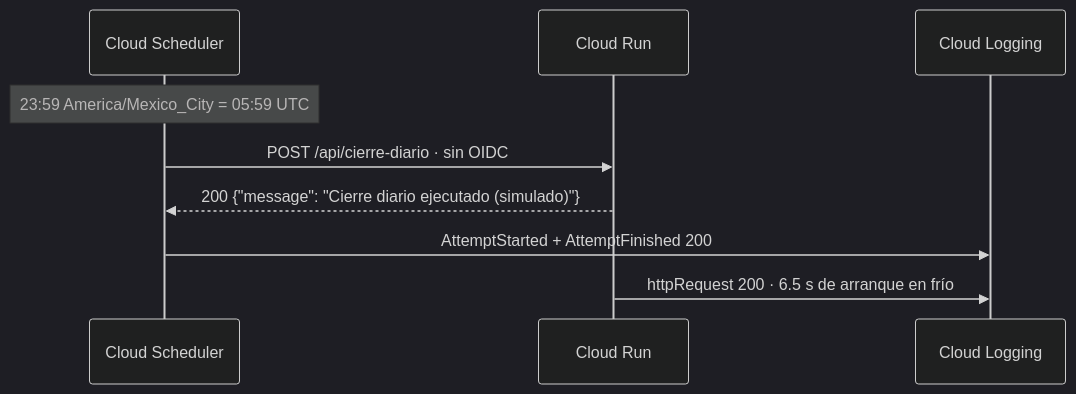
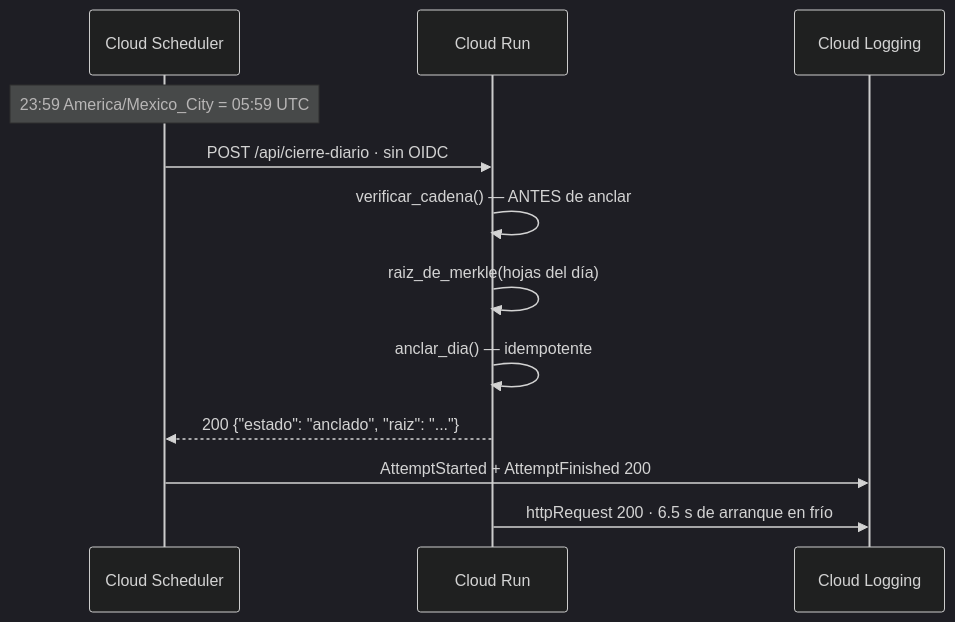
Before and after one commit to LancelotPinajr/agente-cfdi-auditoria: the fourth of 6 diagrams in docs/manual-tecnico.md, drawn with Mermaid (dark theme). The commit also changed other lines of this file and 5 other files, not shown here.

````diff
--- a/docs/manual-tecnico.md
+++ b/docs/manual-tecnico.md
@@ -234,12 +234,15 @@
 ```mermaid
 sequenceDiagram
     participant S as Cloud Scheduler
     participant R as Cloud Run
     participant L as Cloud Logging
 
     Note over S: 23:59 America/Mexico_City = 05:59 UTC
     S->>R: POST /api/cierre-diario · sin OIDC
-    R-->>S: 200 {"message": "Cierre diario ejecutado (simulado)"}
+    R->>R: verificar_cadena() — ANTES de anclar
+    R->>R: raiz_de_merkle(hojas del día)
+    R->>R: anclar_dia() — idempotente
+    R-->>S: 200 {"estado": "anclado", "raiz": "..."}
     S->>L: AttemptStarted + AttemptFinished 200
     R->>L: httpRequest 200 · 6.5 s de arranque en frío
 ```
````
